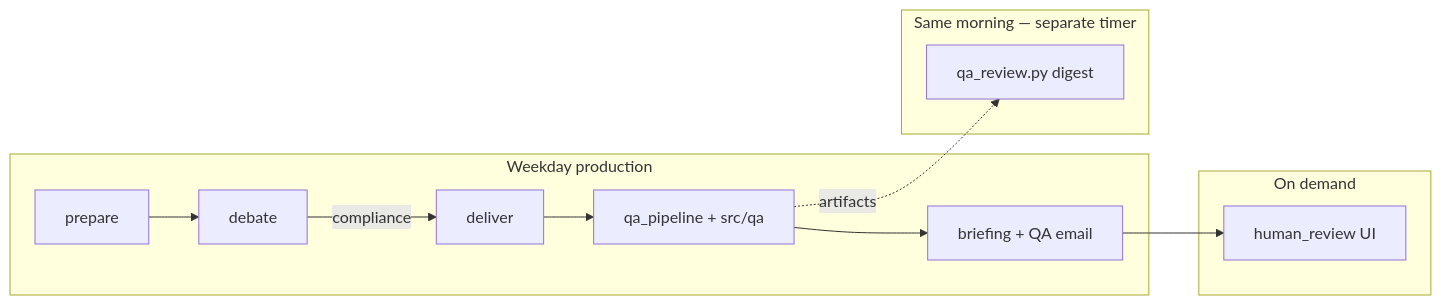
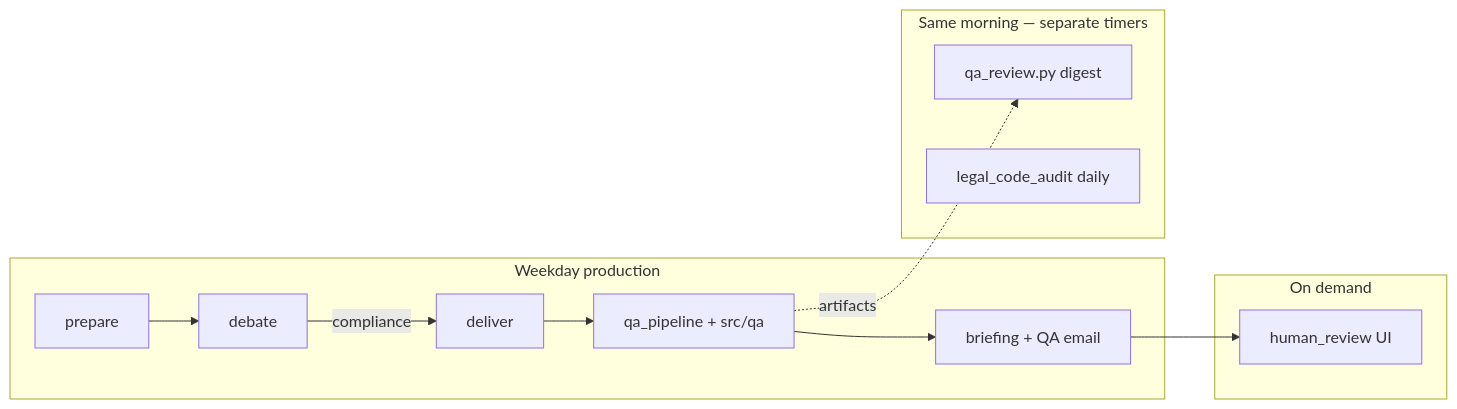
One commit to stanchernov-ai/invest changed the diagram in docs/qa_layers.md. Above: the diagram before and after it, drawn with Mermaid. The commit also changed other lines of this file and 36 other files, not shown here.

````diff
--- a/docs/qa_layers.md
+++ b/docs/qa_layers.md
@@ -24,20 +25,21 @@
 ```mermaid
 flowchart LR
     subgraph weekday [Weekday production]
         PREP[prepare] --> DEB[debate]
         DEB -->|compliance| DEL[deliver]
         DEL --> QAP[qa_pipeline + src/qa]
         QAP --> EMAIL[briefing + QA email]
     end
 
-    subgraph later [Same morning — separate timer]
+    subgraph later [Same morning — separate timers]
         QAR[qa_review.py digest]
+        LEG[legal_code_audit daily]
     end
 
     subgraph human [On demand]
         HR[human_review UI]
     end
 
     EMAIL --> HR
     QAP -.->|artifacts| QAR
 ```
````
